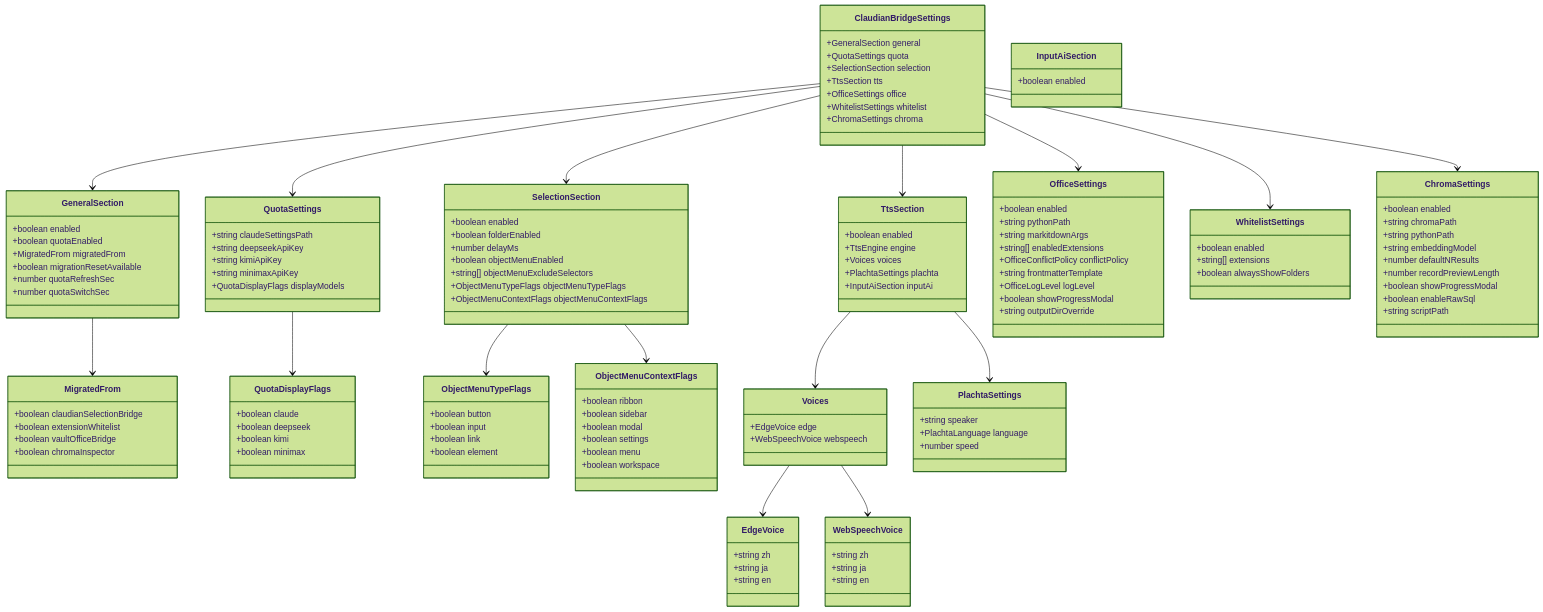
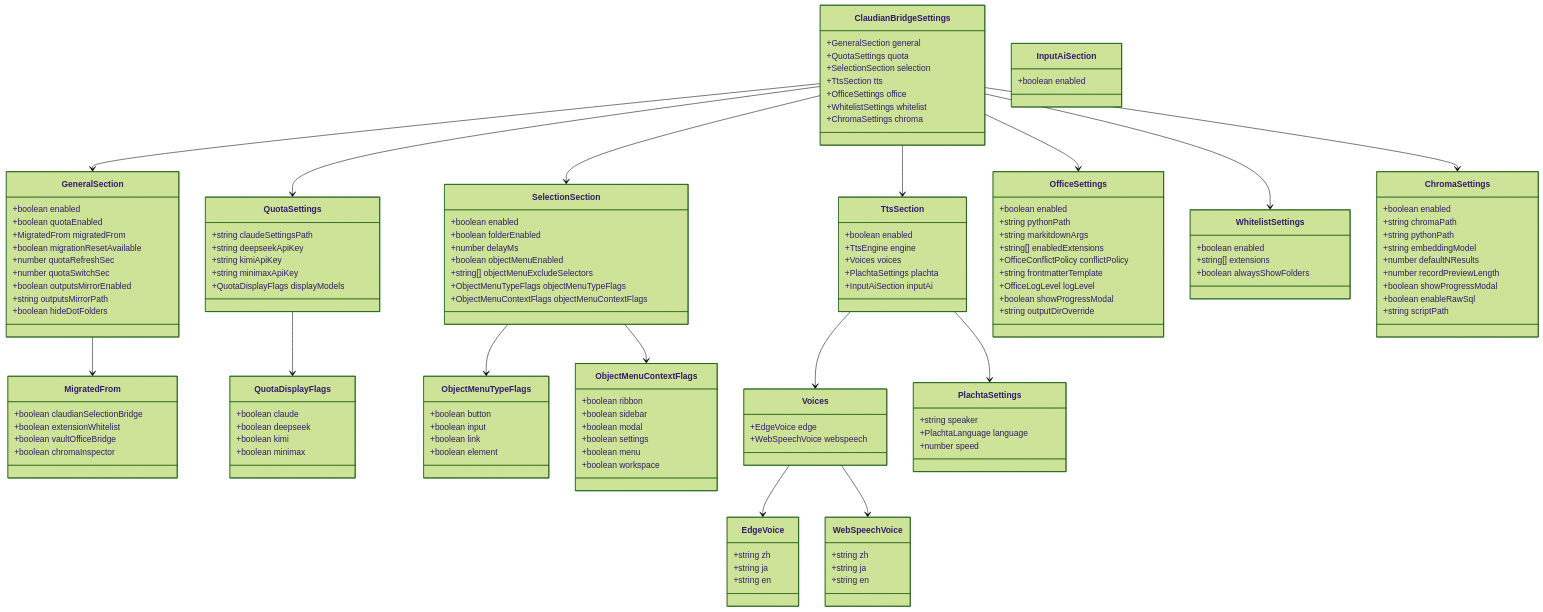
Before and after one commit to superlambkin/ClaudianBridge: the first of 4 diagrams in 02_設計文書/04_データモデル.md, drawn with Mermaid (forest theme). The commit also changed other lines of this file and 206 other files, not shown here.

```diff
--- a/02_設計文書/04_データモデル.md
+++ b/02_設計文書/04_データモデル.md
@@ -83,6 +86,9 @@
         +boolean migrationResetAvailable
         +number quotaRefreshSec
         +number quotaSwitchSec
+        +boolean outputsMirrorEnabled
+        +string outputsMirrorPath
+        +boolean hideDotFolders
     }
 
     class MigratedFrom {
```
